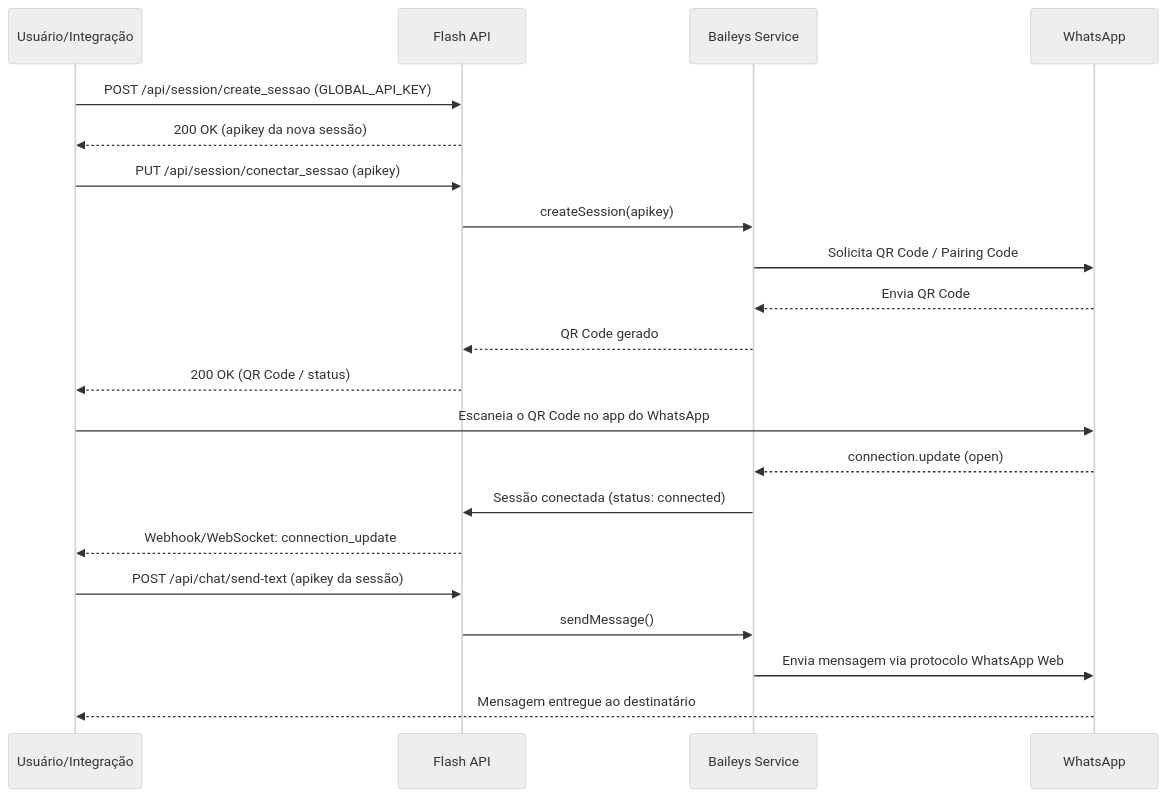
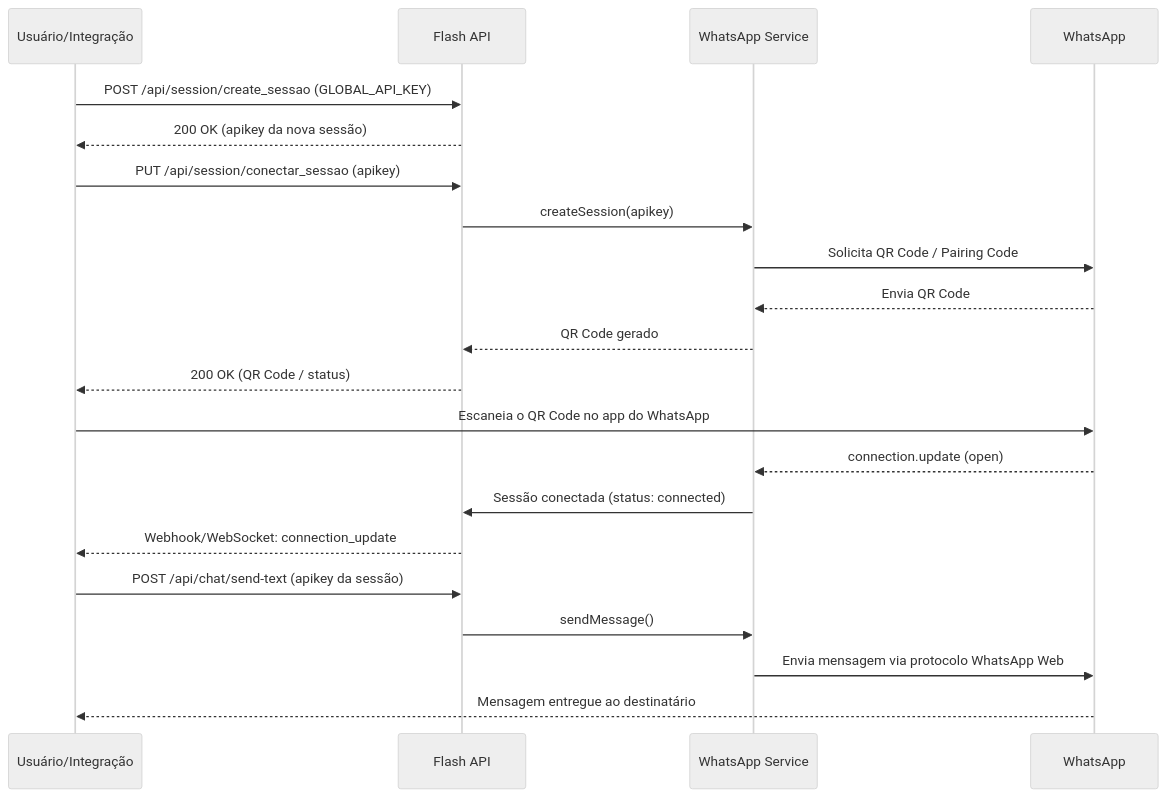
The second of 2 diagrams in README.md (clsshbr2/FlashApi), drawn with Mermaid (neutral theme) before and after one commit. The commit also changed other lines of this file and 47 other files, not shown here.

````diff
--- a/README.md
+++ b/README.md
@@ -132,27 +132,27 @@
 ```mermaid
 sequenceDiagram
     participant U as Usuário/Integração
     participant A as Flash API
-    participant B as Baileys Service
+    participant B as WhatsApp Service
     participant W as WhatsApp
 
     U->>A: POST /api/session/create_sessao (GLOBAL_API_KEY)
     A-->>U: 200 OK (apikey da nova sessão)
 
     U->>A: PUT /api/session/conectar_sessao (apikey)
     A->>B: createSession(apikey)
     B->>W: Solicita QR Code / Pairing Code
     W-->>B: Envia QR Code
     B-->>A: QR Code gerado
     A-->>U: 200 OK (QR Code / status)
 
     U->>W: Escaneia o QR Code no app do WhatsApp
     W-->>B: connection.update (open)
     B->>A: Sessão conectada (status: connected)
     A-->>U: Webhook/WebSocket: connection_update
 
     U->>A: POST /api/chat/send-text (apikey da sessão)
     A->>B: sendMessage()
     B->>W: Envia mensagem via protocolo WhatsApp Web
     W-->>U: Mensagem entregue ao destinatário
 ```
````
